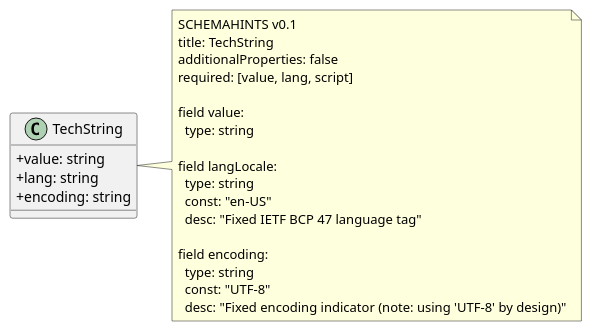
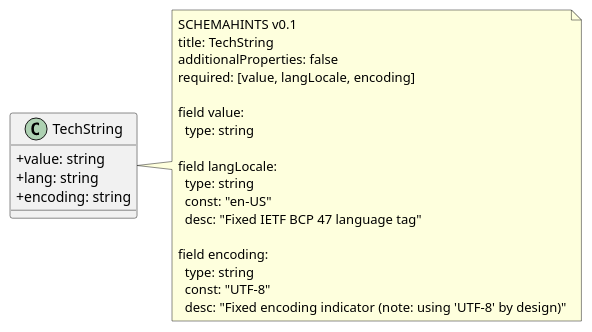
The diagram in packages/core/puml/commonLib/TechString.puml (decentralized-identity/hatpro-schema-temp), drawn with PlantUML before and after one commit. The commit also changed 3 other files, not shown here.

```diff
--- a/packages/core/puml/commonLib/TechString.puml
+++ b/packages/core/puml/commonLib/TechString.puml
@@ -2,30 +2,30 @@
 @startuml
 skinparam classAttributeIconSize 0
 
 class TechString {
   +value: string
   +lang: string
   +encoding: string
 }
 
 note right of TechString
 SCHEMAHINTS v0.1
 title: TechString
 additionalProperties: false
-required: [value, lang, script]
+required: [value, langLocale, encoding]
 
 field value:
   type: string
 
 field langLocale:
   type: string
   const: "en-US"
   desc: "Fixed IETF BCP 47 language tag"
 
 field encoding:
   type: string
   const: "UTF-8"
   desc: "Fixed encoding indicator (note: using 'UTF-8' by design)"
 end note
 
 @enduml
```
